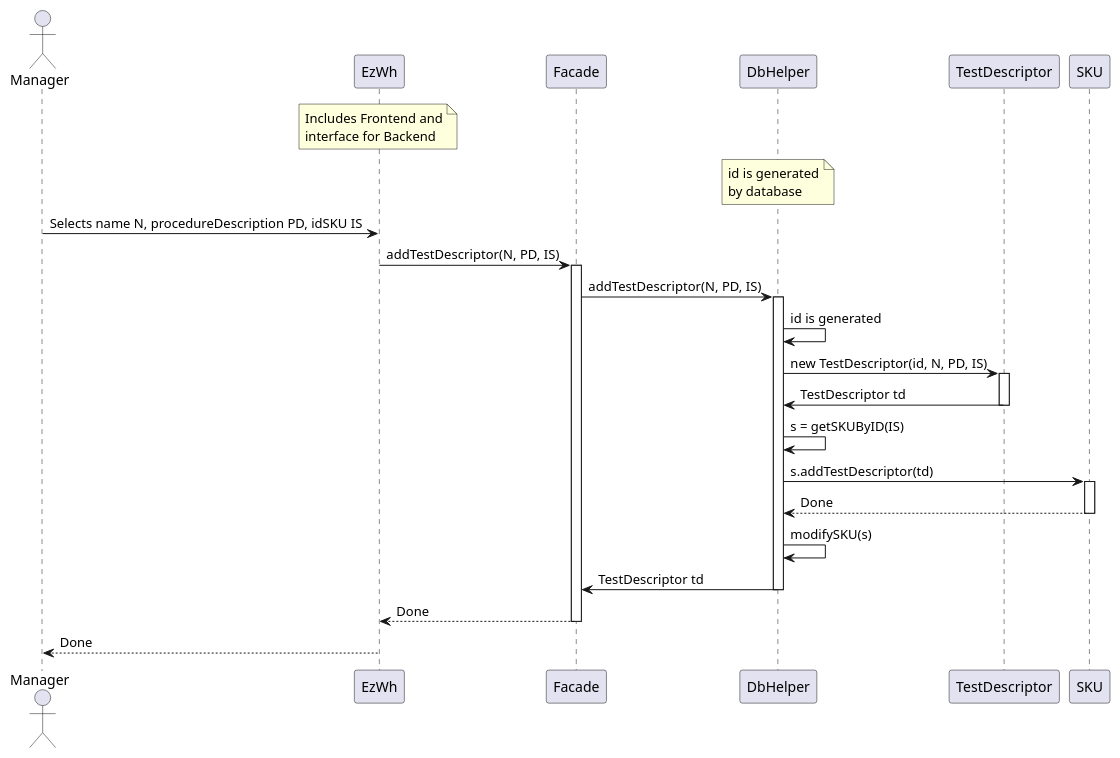
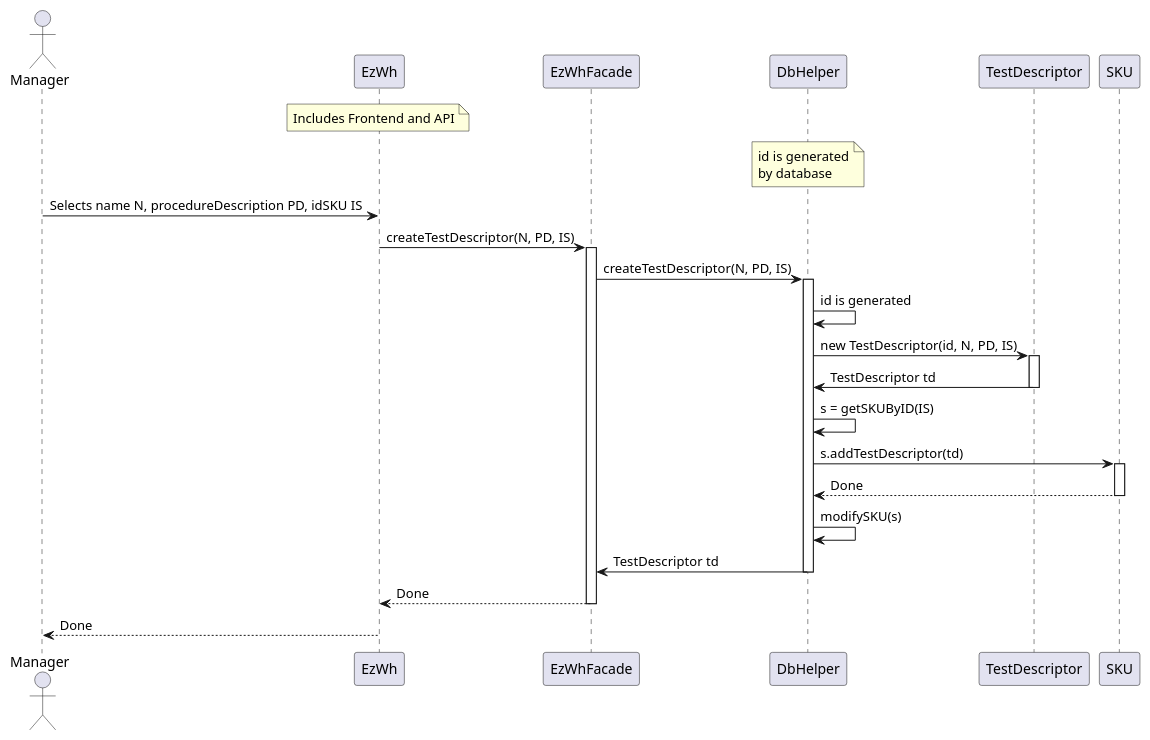
Diagram 12 of 12 in DesignDocument.md (giuseppe-dandrea/EzWh), drawn with PlantUML before and after one commit. The commit also changed other lines of this file and 1 other file, not shown here.

Commit message:
Added low_level_design_diagram.svg. Changed some terms for consistency.

````diff
--- a/DesignDocument.md
+++ b/DesignDocument.md
@@ -893,32 +897,32 @@
 ```plantuml
 actor Manager
 participant EzWh
-note over EzWh: Includes Frontend and\ninterface for Backend
-participant Facade
+note over EzWh: Includes Frontend and API
+participant EzWhFacade
 participant DbHelper
 note over DbHelper: id is generated\nby database
 participant TestDescriptor
 participant SKU
 
 Manager -> EzWh: Selects name N, procedureDescription PD, idSKU IS
-EzWh -> Facade: addTestDescriptor(N, PD, IS)
-activate Facade
-Facade -> DbHelper: addTestDescriptor(N, PD, IS)
+EzWh -> EzWhFacade: createTestDescriptor(N, PD, IS)
+activate EzWhFacade
+EzWhFacade -> DbHelper: createTestDescriptor(N, PD, IS)
 activate DbHelper
 DbHelper -> DbHelper : id is generated
 DbHelper -> TestDescriptor: new TestDescriptor(id, N, PD, IS)
 activate TestDescriptor
 TestDescriptor -> DbHelper: TestDescriptor td
 deactivate TestDescriptor
 DbHelper -> DbHelper: s = getSKUByID(IS)
 DbHelper -> SKU: s.addTestDescriptor(td)
 activate SKU
 SKU --> DbHelper: Done
 deactivate SKU
 DbHelper -> DbHelper: modifySKU(s)
-DbHelper -> Facade: TestDescriptor td
+DbHelper -> EzWhFacade: TestDescriptor td
 deactivate DbHelper
-Facade --> EzWh: Done
-deactivate Facade
+EzWhFacade --> EzWh: Done
+deactivate EzWhFacade
 EzWh --> Manager: Done
 ```
````
